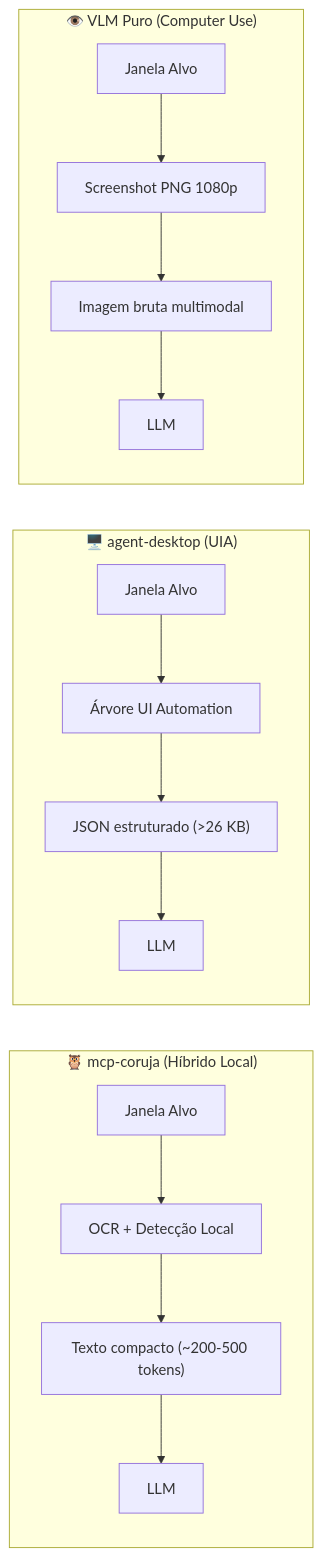
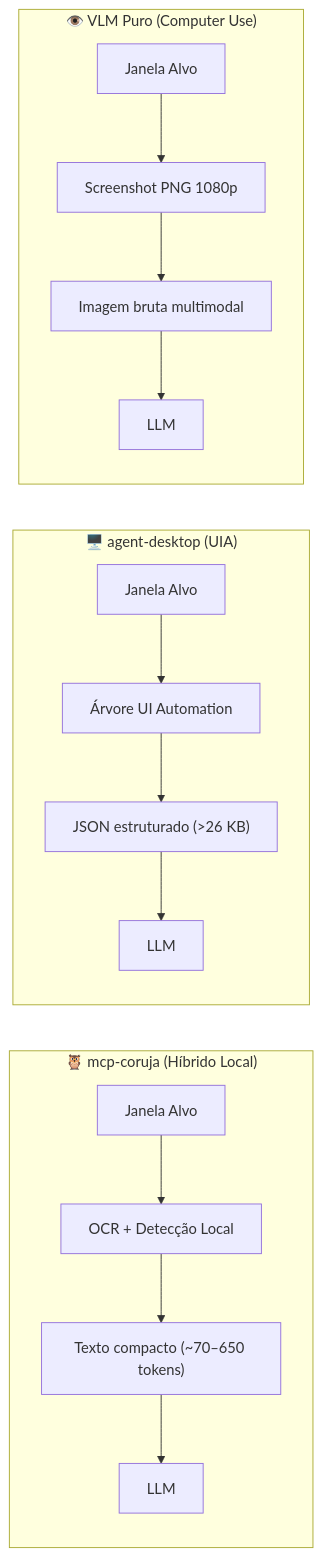
The first of 6 diagrams in BENCHMARK.md (LucasEBRTIA/mcp-coruja), drawn with Mermaid before and after one commit. The commit also changed other lines of this file, not shown here.

````diff
--- a/BENCHMARK.md
+++ b/BENCHMARK.md
@@ -25,20 +25,20 @@
 ```mermaid
 flowchart LR
     subgraph A["🦉 mcp-coruja (Híbrido Local)"]
         A1["Janela Alvo"] --> A2["OCR + Detecção Local"]
-        A2 --> A3["Texto compacto (~200-500 tokens)"]
+        A2 --> A3["Texto compacto (~70–650 tokens)"]
         A3 --> A4["LLM"]
     end
 
     subgraph B["🖥️ agent-desktop (UIA)"]
         B1["Janela Alvo"] --> B2["Árvore UI Automation"]
         B2 --> B3["JSON estruturado (>26 KB)"]
         B3 --> B4["LLM"]
     end
 
     subgraph C["👁️ VLM Puro (Computer Use)"]
         C1["Janela Alvo"] --> C2["Screenshot PNG 1080p"]
         C2 --> C3["Imagem bruta multimodal"]
         C3 --> C4["LLM"]
     end
 ```
````
